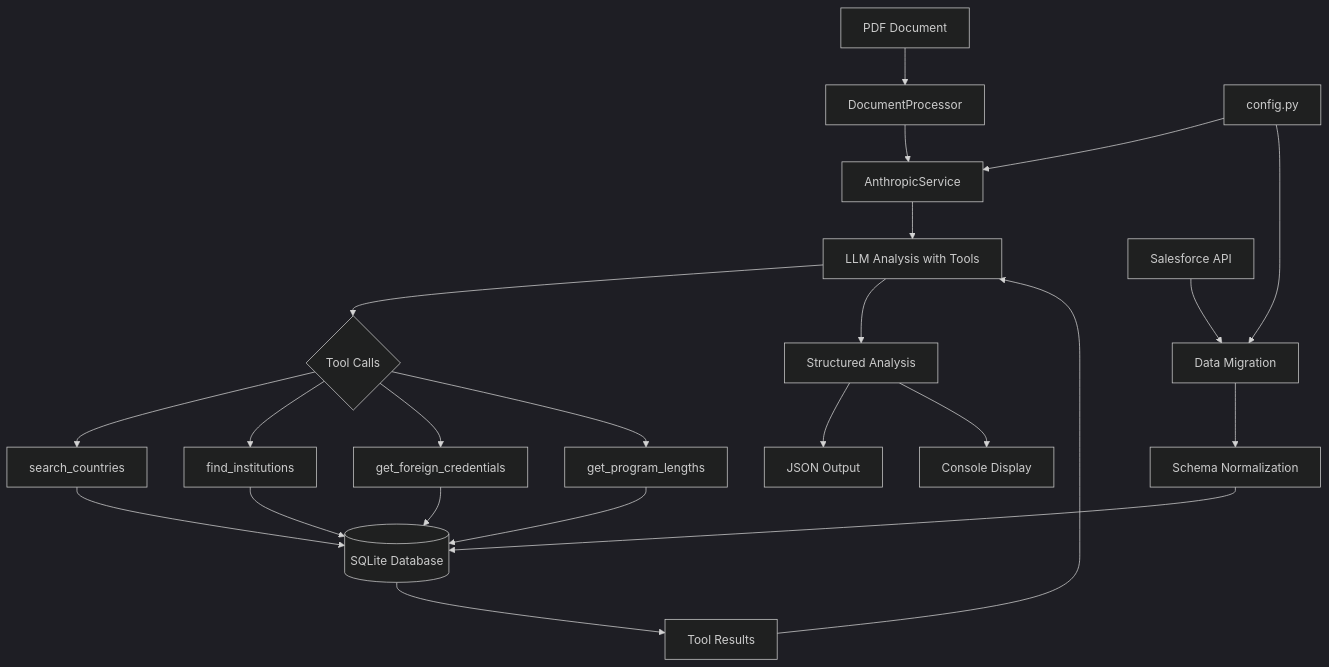
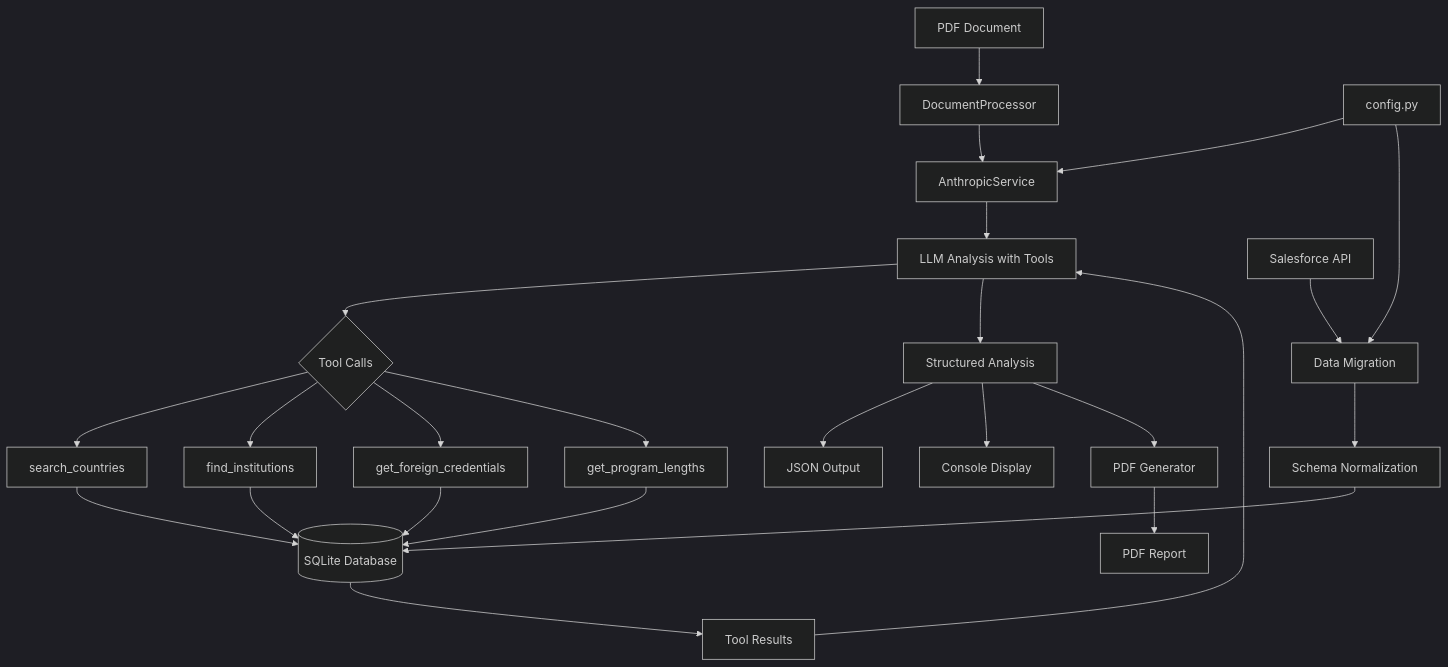
One commit to the-evaluation-company/eval-worker changed the diagram in README.md. Above: the diagram before and after it, drawn with Mermaid (dark theme). The commit also changed other lines of this file and 1 other file, not shown here.

Commit message:
PDF report generation with intelligent text wrapping, improved layout, and  branding. Added support for multi-page reports and refined font styling for better readability.

````diff
--- a/README.md
+++ b/README.md
@@ -68,31 +73,33 @@
 ```mermaid
 graph TD
     A[PDF Document] --> B[DocumentProcessor]
     B --> C[AnthropicService]
     C --> D[LLM Analysis with Tools]
     D --> E{Tool Calls}
     
     E --> F[search_countries]
     E --> G[find_institutions] 
     E --> H[get_foreign_credentials]
     E --> I[get_program_lengths]
     
     F --> J[(SQLite Database)]
     G --> J
     H --> J
     I --> J
     
     J --> K[Tool Results]
     K --> D
     
     D --> L[Structured Analysis]
     L --> M[JSON Output]
     L --> N[Console Display]
+    L --> S[PDF Generator]
+    S --> T[PDF Report]
     
     O[Salesforce API] --> P[Data Migration]
     P --> Q[Schema Normalization]
     Q --> J
     
     R[config.py] --> C
     R --> P
 ```
````
